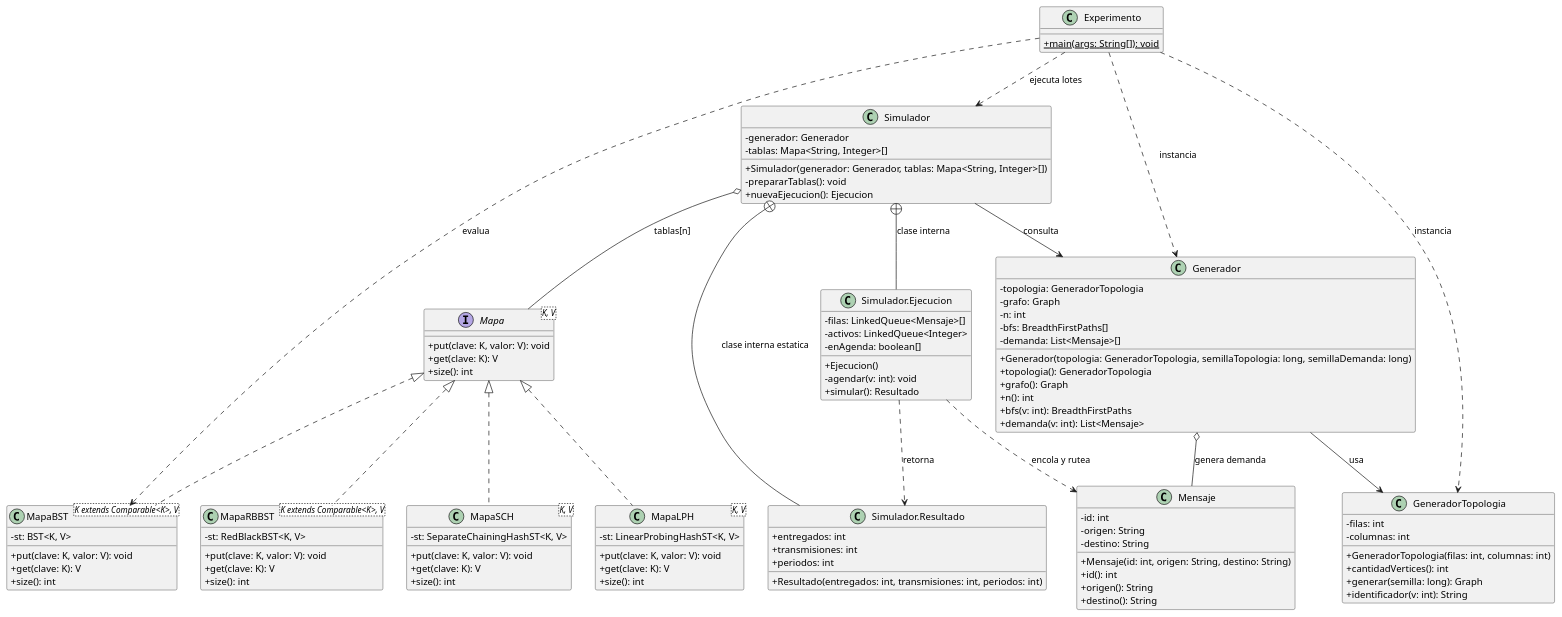
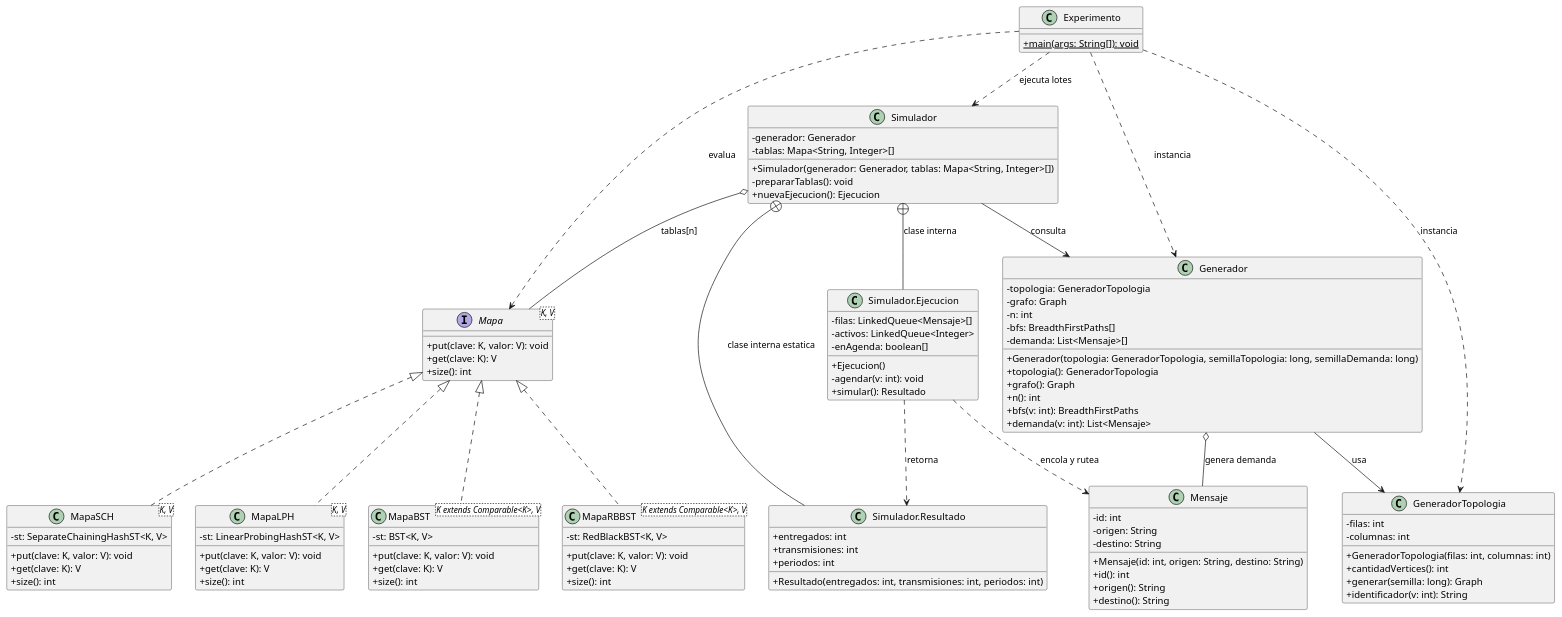
Before and after one commit to CarlosGarcia-maker/EDA-lab3: the diagram in diseño.puml, drawn with PlantUML.

Commit message:
ajuste de fleca hacia Mapa

```diff
--- a/diseño.puml
+++ b/diseño.puml
@@ -1,116 +1,116 @@
 @startuml
 skinparam classAttributeIconSize 0
 
 interface Mapa<K, V> {
   + put(clave: K, valor: V): void
   + get(clave: K): V
   + size(): int
 }
 
 class MapaBST<K extends Comparable<K>, V> {
   - st: BST<K, V>
   + put(clave: K, valor: V): void
   + get(clave: K): V
   + size(): int
 }
 
 class MapaRBBST<K extends Comparable<K>, V> {
   - st: RedBlackBST<K, V>
   + put(clave: K, valor: V): void
   + get(clave: K): V
   + size(): int
 }
 
 class MapaSCH<K, V> {
   - st: SeparateChainingHashST<K, V>
   + put(clave: K, valor: V): void
   + get(clave: K): V
   + size(): int
 }
 
 class MapaLPH<K, V> {
   - st: LinearProbingHashST<K, V>
   + put(clave: K, valor: V): void
   + get(clave: K): V
   + size(): int
 }
 
 class Mensaje {
   - id: int
   - origen: String
   - destino: String
   + Mensaje(id: int, origen: String, destino: String)
   + id(): int
   + origen(): String
   + destino(): String
 }
 
 class GeneradorTopologia {
   - filas: int
   - columnas: int
   + GeneradorTopologia(filas: int, columnas: int)
   + cantidadVertices(): int
   + generar(semilla: long): Graph
   + identificador(v: int): String
 }
 
 class Generador {
   - topologia: GeneradorTopologia
   - grafo: Graph
   - n: int
   - bfs: BreadthFirstPaths[]
   - demanda: List<Mensaje>[]
   + Generador(topologia: GeneradorTopologia, semillaTopologia: long, semillaDemanda: long)
   + topologia(): GeneradorTopologia
   + grafo(): Graph
   + n(): int
   + bfs(v: int): BreadthFirstPaths
   + demanda(v: int): List<Mensaje>
 }
 
 class Simulador {
   - generador: Generador
   - tablas: Mapa<String, Integer>[]
   + Simulador(generador: Generador, tablas: Mapa<String, Integer>[])
   - prepararTablas(): void
   + nuevaEjecucion(): Ejecucion
 }
 
 class "Simulador.Ejecucion" as Ejecucion {
   - filas: LinkedQueue<Mensaje>[]
   - activos: LinkedQueue<Integer>
   - enAgenda: boolean[]
   + Ejecucion()
   - agendar(v: int): void
   + simular(): Resultado
 }
 
 class "Simulador.Resultado" as Resultado {
   + entregados: int
   + transmisiones: int
   + periodos: int
   + Resultado(entregados: int, transmisiones: int, periodos: int)
 }
 
 class Experimento {
   + {static} main(args: String[]): void
 }
 
 Mapa <|.. MapaBST
 Mapa <|.. MapaRBBST
 Mapa <|.. MapaSCH
 Mapa <|.. MapaLPH
 
 Generador --> GeneradorTopologia : usa
 Generador o-- Mensaje : genera demanda
 Simulador --> Generador : consulta
 Simulador o-- Mapa : tablas[n]
 Simulador +-- Ejecucion : clase interna
 Simulador +-- Resultado : clase interna estatica
 Ejecucion ..> Mensaje : encola y rutea
 Ejecucion ..> Resultado : retorna
 Experimento ..> GeneradorTopologia : instancia
 Experimento ..> Generador : instancia
 Experimento ..> Simulador : ejecuta lotes
-Experimento ..> MapaBST : evalua
+Experimento ..> Mapa : evalua
 @enduml
```
